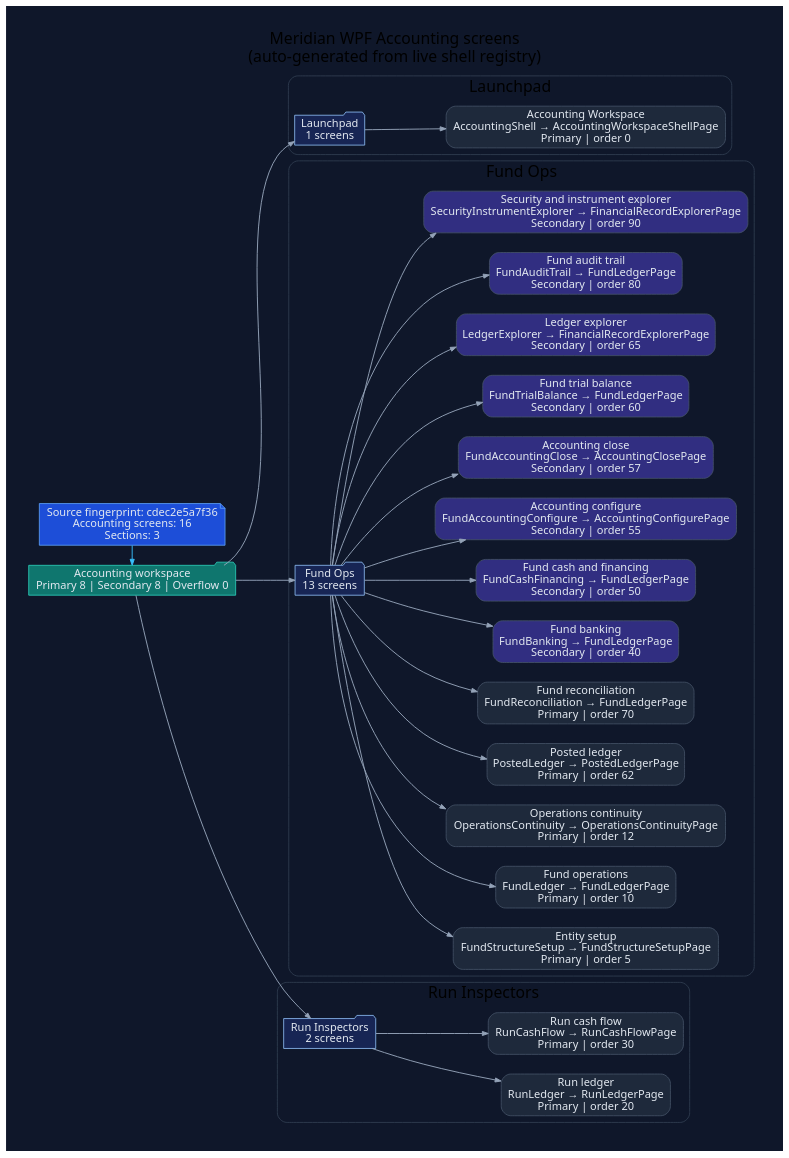
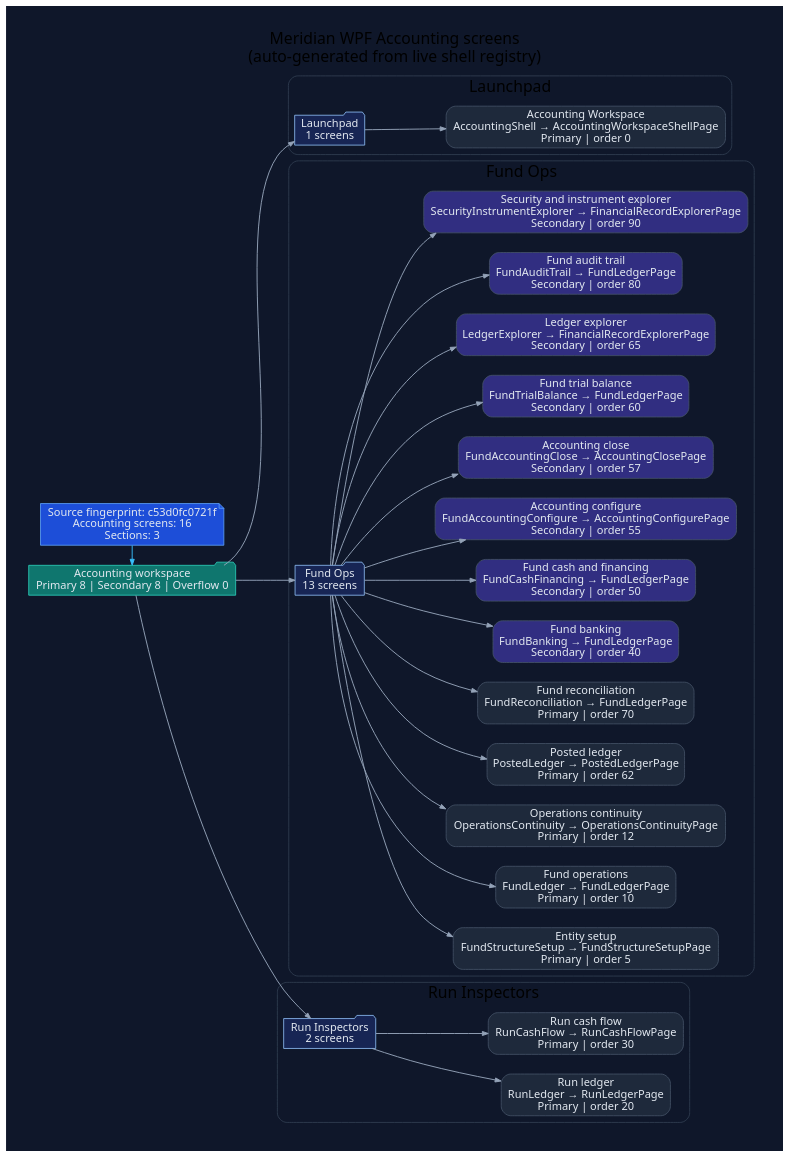
One commit to rodoHasArrived/Meridian-main changed the diagram in docs/diagrams/ui/ui-wpf-screens-accounting.dot. Above: the diagram before and after it, drawn with Graphviz. The commit also changed 47 other files, not shown here.

```diff
--- a/docs/diagrams/ui/ui-wpf-screens-accounting.dot
+++ b/docs/diagrams/ui/ui-wpf-screens-accounting.dot
@@ -1,82 +1,82 @@
 // -----------------------------------------------------------------------------
 // <auto-generated>
 // Generated by scripts/generate-diagrams.mjs.
 // Do not edit this file directly; update the WPF source files instead.
 // -----------------------------------------------------------------------------
 digraph WpfAccountingScreens {
   graph [
     rankdir=LR,
     labelloc=t,
     label="Meridian WPF Accounting screens\n(auto-generated from live shell registry)",
     fontname="Segoe UI",
     fontsize=20,
     pad=0.4,
     nodesep=0.35,
     ranksep=0.85,
     bgcolor="#0f172a"
   ];
   node [fontname="Segoe UI", shape=box, style="rounded,filled", color="#475569", fontcolor="#e2e8f0", fillcolor="#1e293b"];
   edge [fontname="Segoe UI", color="#94a3b8", penwidth=1.2, arrowsize=0.75];
 
-  generated [shape=note, fillcolor="#1d4ed8", color="#60a5fa", label="Source fingerprint: cdec2e5a7f36\nAccounting screens: 16\nSections: 3"];
+  generated [shape=note, fillcolor="#1d4ed8", color="#60a5fa", label="Source fingerprint: c53d0fc0721f\nAccounting screens: 16\nSections: 3"];
   workspace [shape=folder, fillcolor="#0f766e", color="#2dd4bf", label="Accounting workspace\nPrimary 8 | Secondary 8 | Overflow 0"];
   generated -> workspace [color="#38bdf8"];
 
   subgraph cluster_section_1 {
     label="Launchpad";
     color="#334155";
     style="rounded";
     section_1 [shape=folder, fillcolor="#172554", color="#93c5fd", label="Launchpad\n1 screens"];
     workspace -> section_1;
     screen_AccountingShell [fillcolor="#1e293b", label="Accounting Workspace\nAccountingShell → AccountingWorkspaceShellPage\nPrimary | order 0"];
     section_1 -> screen_AccountingShell;
   }
 
   subgraph cluster_section_2 {
     label="Fund Ops";
     color="#334155";
     style="rounded";
     section_2 [shape=folder, fillcolor="#172554", color="#93c5fd", label="Fund Ops\n13 screens"];
     workspace -> section_2;
     screen_FundStructureSetup [fillcolor="#1e293b", label="Entity setup\nFundStructureSetup → FundStructureSetupPage\nPrimary | order 5"];
     section_2 -> screen_FundStructureSetup;
     screen_FundLedger [fillcolor="#1e293b", label="Fund operations\nFundLedger → FundLedgerPage\nPrimary | order 10"];
     section_2 -> screen_FundLedger;
     screen_OperationsContinuity [fillcolor="#1e293b", label="Operations continuity\nOperationsContinuity → OperationsContinuityPage\nPrimary | order 12"];
     section_2 -> screen_OperationsContinuity;
     screen_PostedLedger [fillcolor="#1e293b", label="Posted ledger\nPostedLedger → PostedLedgerPage\nPrimary | order 62"];
     section_2 -> screen_PostedLedger;
     screen_FundReconciliation [fillcolor="#1e293b", label="Fund reconciliation\nFundReconciliation → FundLedgerPage\nPrimary | order 70"];
     section_2 -> screen_FundReconciliation;
     screen_FundBanking [fillcolor="#312e81", label="Fund banking\nFundBanking → FundLedgerPage\nSecondary | order 40"];
     section_2 -> screen_FundBanking;
     screen_FundCashFinancing [fillcolor="#312e81", label="Fund cash and financing\nFundCashFinancing → FundLedgerPage\nSecondary | order 50"];
     section_2 -> screen_FundCashFinancing;
     screen_FundAccountingConfigure [fillcolor="#312e81", label="Accounting configure\nFundAccountingConfigure → AccountingConfigurePage\nSecondary | order 55"];
     section_2 -> screen_FundAccountingConfigure;
     screen_FundAccountingClose [fillcolor="#312e81", label="Accounting close\nFundAccountingClose → AccountingClosePage\nSecondary | order 57"];
     section_2 -> screen_FundAccountingClose;
     screen_FundTrialBalance [fillcolor="#312e81", label="Fund trial balance\nFundTrialBalance → FundLedgerPage\nSecondary | order 60"];
     section_2 -> screen_FundTrialBalance;
     screen_LedgerExplorer [fillcolor="#312e81", label="Ledger explorer\nLedgerExplorer → FinancialRecordExplorerPage\nSecondary | order 65"];
     section_2 -> screen_LedgerExplorer;
     screen_FundAuditTrail [fillcolor="#312e81", label="Fund audit trail\nFundAuditTrail → FundLedgerPage\nSecondary | order 80"];
     section_2 -> screen_FundAuditTrail;
     screen_SecurityInstrumentExplorer [fillcolor="#312e81", label="Security and instrument explorer\nSecurityInstrumentExplorer → FinancialRecordExplorerPage\nSecondary | order 90"];
     section_2 -> screen_SecurityInstrumentExplorer;
   }
 
   subgraph cluster_section_3 {
     label="Run Inspectors";
     color="#334155";
     style="rounded";
     section_3 [shape=folder, fillcolor="#172554", color="#93c5fd", label="Run Inspectors\n2 screens"];
     workspace -> section_3;
     screen_RunLedger [fillcolor="#1e293b", label="Run ledger\nRunLedger → RunLedgerPage\nPrimary | order 20"];
     section_3 -> screen_RunLedger;
     screen_RunCashFlow [fillcolor="#1e293b", label="Run cash flow\nRunCashFlow → RunCashFlowPage\nPrimary | order 30"];
     section_3 -> screen_RunCashFlow;
   }
 
   { rank=min; generated; workspace; }
 }
```
